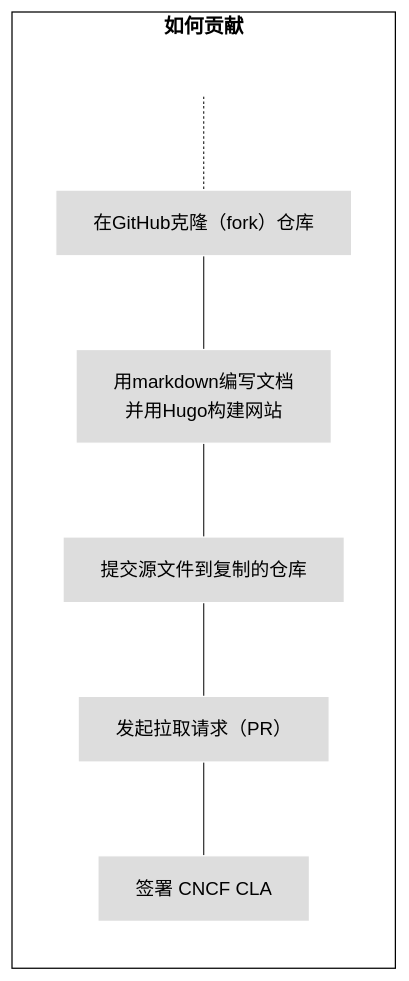
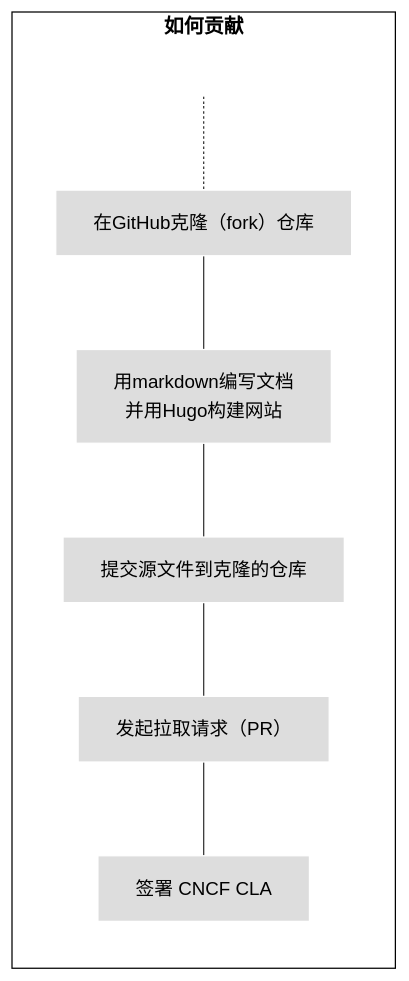
Before and after one commit to open-telemetry/opentelemetry.io: the first of 4 diagrams in content/zh/docs/contributing/_index.md, drawn with Mermaid. The commit also changed other lines of this file, not shown here.

````diff
--- a/content/zh/docs/contributing/_index.md
+++ b/content/zh/docs/contributing/_index.md
@@ -41,18 +38,18 @@
 ```mermaid
 flowchart LR
     subgraph first[如何贡献]
     direction TB
        T[ ] -.-
        B[在GitHub克隆（fork）仓库] --- C[用markdown编写文档<br>并用Hugo构建网站]
-       C --- D[提交源文件到复制的仓库]
+       C --- D[提交源文件到克隆的仓库]
        D --- E[发起拉取请求（PR）]
        E --- F[签署 CNCF CLA]
     end
 
 classDef grey fill:#dddddd,stroke:#ffffff,stroke-width:px,color:#000000, font-size:15px;
 classDef white fill:#ffffff,stroke:#000,stroke-width:px,color:#000,font-weight:bold
 classDef spacewhite fill:#ffffff,stroke:#fff,stroke-width:0px,color:#000
 class A,B,C,D,E,F,G,H grey
 class S,T spacewhite
 class first,second white
 ```
````
